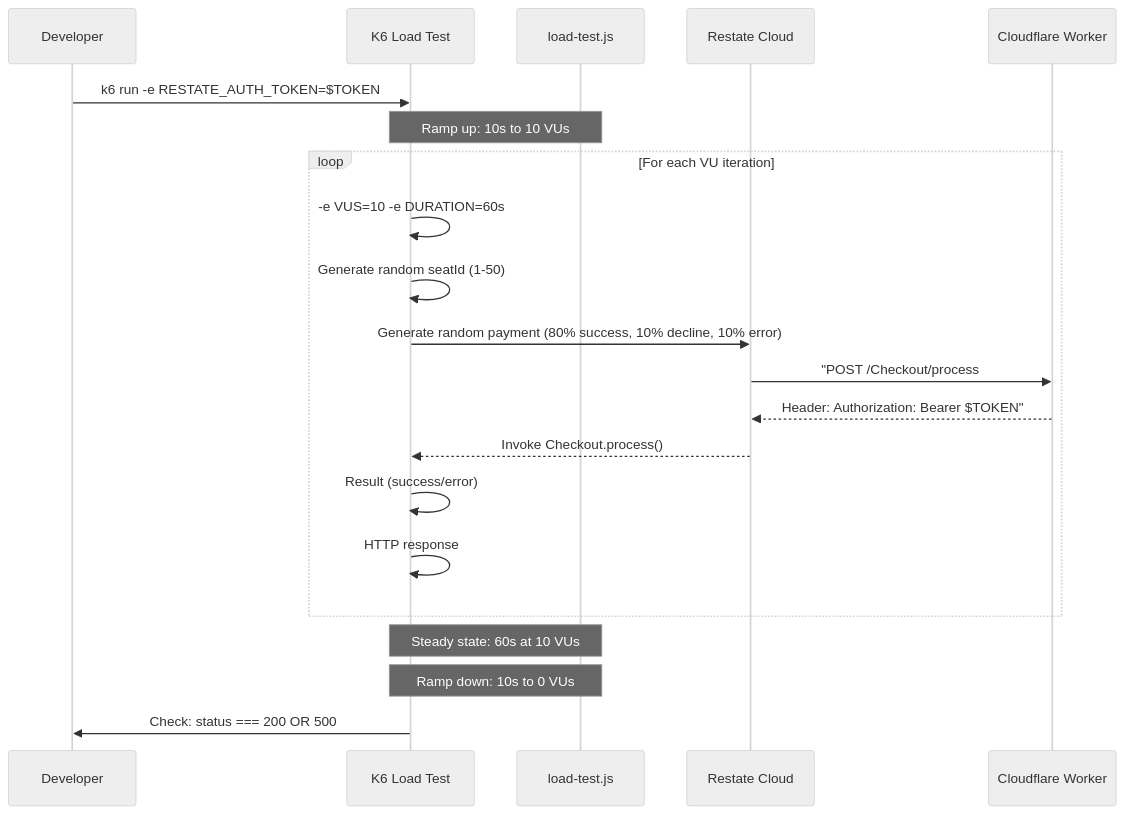
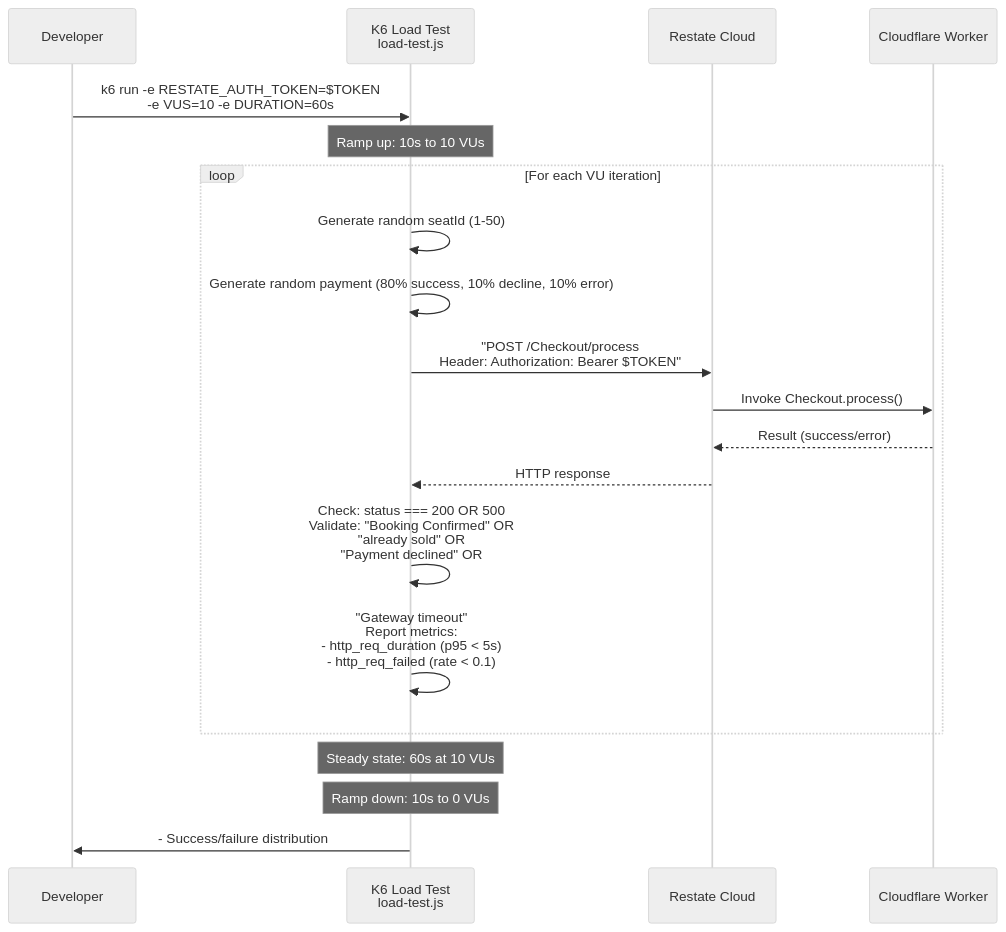
One commit to philipz/restate-cloudflare-workers-poc changed the fourth of 5 diagrams in docs/deepwiki/Testing-Strategy.md. Above: the diagram before and after it, drawn with Mermaid (neutral theme). The commit also changed other lines of this file and 18 other files, not shown here.

Commit message:
refactor: standardize mermaid diagram participant syntax across documentation files

````diff
--- a/docs/deepwiki/Testing-Strategy.md
+++ b/docs/deepwiki/Testing-Strategy.md
@@ -218,24 +217,23 @@
 ```mermaid
 sequenceDiagram
-  participant Developer
-  participant K6 Load Test
-  participant load-test.js
-  participant Restate Cloud
-  participant Cloudflare Worker
+  participant p1 as Developer
+  participant p2 as K6 Load Test<br/>load-test.js
+  participant p3 as Restate Cloud
+  participant p4 as Cloudflare Worker
 
-  Developer->>K6 Load Test: k6 run -e RESTATE_AUTH_TOKEN=$TOKEN
-  note over K6 Load Test,load-test.js: Ramp up: 10s to 10 VUs
+  p1->>p2: k6 run -e RESTATE_AUTH_TOKEN=$TOKEN<br/>-e VUS=10 -e DURATION=60s
+  note over p2: Ramp up: 10s to 10 VUs
   loop For each VU iteration
-    K6 Load Test->>K6 Load Test: -e VUS=10 -e DURATION=60s
-    K6 Load Test->>K6 Load Test: Generate random seatId (1-50)
-    K6 Load Test->>Restate Cloud: Generate random payment (80% success, 10% decline, 10% error)
-    Restate Cloud->>Cloudflare Worker: "POST /Checkout/process
-    Cloudflare Worker-->>Restate Cloud: Header: Authorization: Bearer $TOKEN"
-    Restate Cloud-->>K6 Load Test: Invoke Checkout.process()
-    K6 Load Test->>K6 Load Test: Result (success/error)
-    K6 Load Test->>K6 Load Test: HTTP response
+    p2->>p2: Generate random seatId (1-50)
+    p2->>p2: Generate random payment (80% success, 10% decline, 10% error)
+    p2->>p3: "POST /Checkout/process<br/>Header: Authorization: Bearer $TOKEN"
+    p3->>p4: Invoke Checkout.process()
+    p4-->>p3: Result (success/error)
+    p3-->>p2: HTTP response
+    p2->>p2: Check: status === 200 OR 500<br/>Validate: "Booking Confirmed" OR<br/>"already sold" OR<br/>"Payment declined" OR
+    p2->>p2: "Gateway timeout"<br/>Report metrics:<br/>- http_req_duration (p95 < 5s)<br/>- http_req_failed (rate < 0.1)
   end
-  note over K6 Load Test,load-test.js: Steady state: 60s at 10 VUs
-  note over K6 Load Test,load-test.js: Ramp down: 10s to 0 VUs
-  K6 Load Test->>Developer: Check: status === 200 OR 500
+  note over p2: Steady state: 60s at 10 VUs
+  note over p2: Ramp down: 10s to 0 VUs
+  p2->>p1: - Success/failure distribution
 ```
````
